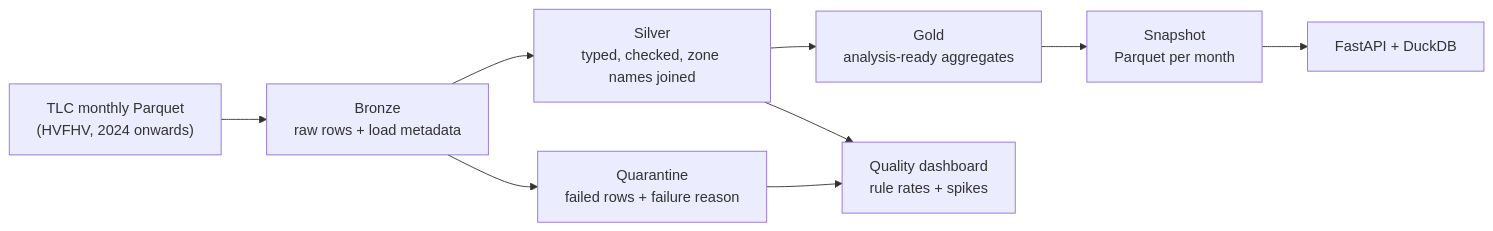
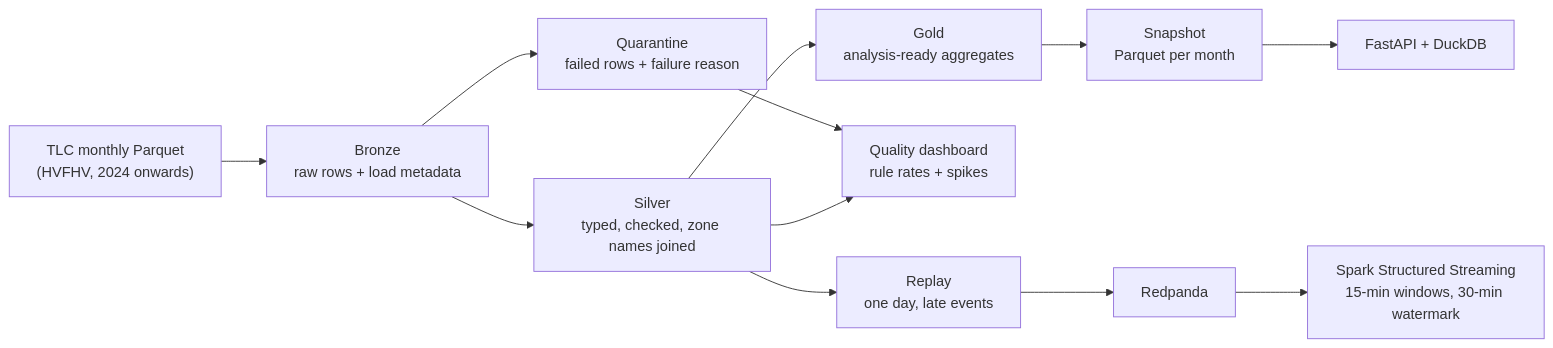
Before and after one commit to NafiulSaputra/mobility-lakehouse: the diagram in README.md, drawn with Mermaid. The commit also changed other lines of this file and 14 other files, not shown here.

Commit message:
feat: replay a day through Redpanda and count pickups with Spark Structured Streaming

````diff
--- a/README.md
+++ b/README.md
@@ -32,11 +32,14 @@
 ```mermaid
 flowchart LR
     SRC["TLC monthly Parquet<br/>(HVFHV, 2024 onwards)"] --> B["Bronze<br/>raw rows + load metadata"]
     B --> S["Silver<br/>typed, checked, zone names joined"]
     B --> Q["Quarantine<br/>failed rows + failure reason"]
     S --> G["Gold<br/>analysis-ready aggregates"]
     Q --> D["Quality dashboard<br/>rule rates + spikes"]
     S --> D
     G --> P["Snapshot<br/>Parquet per month"]
     P --> A["FastAPI + DuckDB"]
+    S --> R["Replay<br/>one day, late events"]
+    R --> K["Redpanda"]
+    K --> ST["Spark Structured Streaming<br/>15-min windows, 30-min watermark"]
 ```
````
